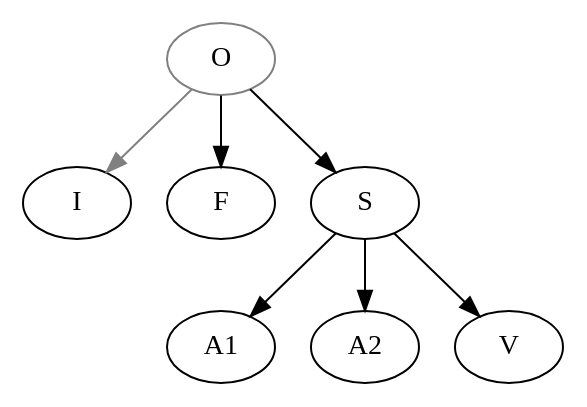
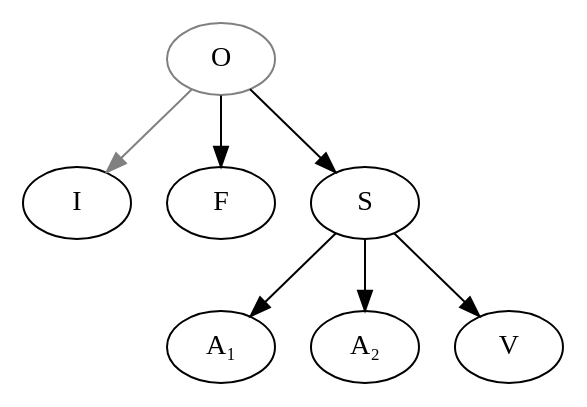
The diagram in data/fro/Krappe_1939_FlorentOctavien/stemma.gv (OpenStemmata/database), drawn with Graphviz before and after one commit. The commit also changed 13 other files, not shown here.

```diff
--- a/data/fro/Krappe_1939_FlorentOctavien/stemma.gv
+++ b/data/fro/Krappe_1939_FlorentOctavien/stemma.gv
@@ -1,13 +1,16 @@
 digraph {
 
 O[color="grey"];
+A1[label="A₁"];
+A2[label="A₂"];
+
 
 O->I[color="grey"];
 O->F;
 O->S;
 S->A1;
 S->A2;
 S->V;
 
 
 }
```
